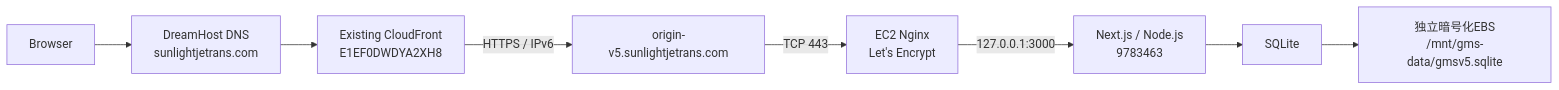
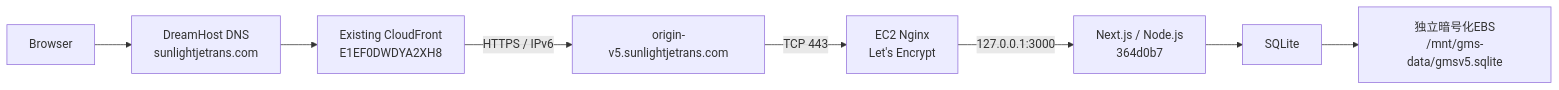
One commit to 1716964609/GMSv5 changed the first of 5 diagrams in docs/architecture.md. Above: the diagram before and after it, drawn with Mermaid. The commit also changed other lines of this file and 17 other files, not shown here.

````diff
--- a/docs/architecture.md
+++ b/docs/architecture.md
@@ -61,10 +74,10 @@
 ```mermaid
 flowchart LR
     B[Browser] --> DNS[DreamHost DNS\nsunlightjetrans.com]
     DNS --> CF[Existing CloudFront\nE1EF0DWDYA2XH8]
     CF -->|HTTPS / IPv6| ORIGIN[origin-v5.sunlightjetrans.com]
     ORIGIN -->|TCP 443| NGINX[EC2 Nginx\nLet's Encrypt]
-    NGINX -->|127.0.0.1:3000| NEXT[Next.js / Node.js\n9783463]
+    NGINX -->|127.0.0.1:3000| NEXT[Next.js / Node.js\n364d0b7]
     NEXT --> DB[SQLite]
     DB --> EBS[独立暗号化EBS\n/mnt/gms-data/gmsv5.sqlite]
 ```
````
